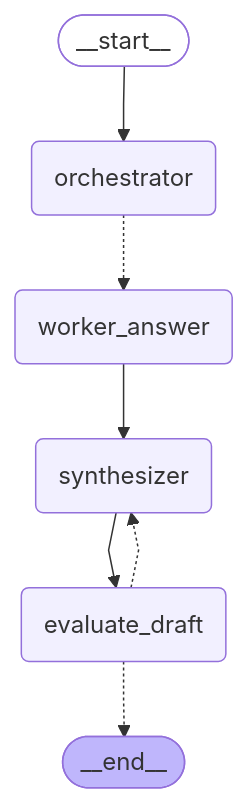
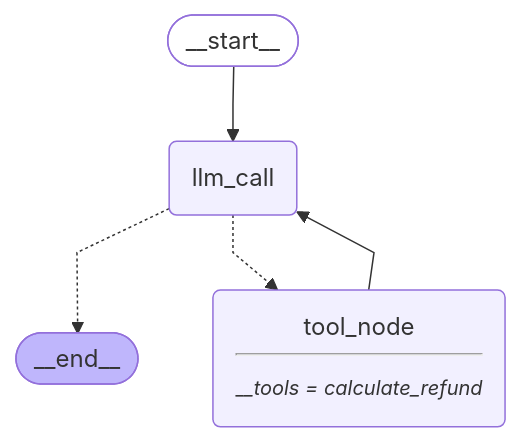
The diagram in graph.mmd (darshanmodi13/langgraph-langfuse), drawn with Mermaid before and after one commit. The commit also changed 15 other files, not shown here.

```diff
--- a/graph.mmd
+++ b/graph.mmd
@@ -1,21 +1,17 @@
 ---
 config:
   flowchart:
     curve: linear
 ---
 graph TD;
 	__start__([<p>__start__</p>]):::first
-	orchestrator(orchestrator)
-	worker_answer(worker_answer)
-	synthesizer(synthesizer)
-	evaluate_draft(evaluate_draft)
+	llm_call(llm_call)
+	tool_node(tool_node<hr/><small><em>__tools = calculate_refund</em></small>)
 	__end__([<p>__end__</p>]):::last
-	__start__ --> orchestrator;
-	evaluate_draft -.-> __end__;
-	evaluate_draft -.-> synthesizer;
-	orchestrator -.-> worker_answer;
-	synthesizer --> evaluate_draft;
-	worker_answer --> synthesizer;
+	__start__ --> llm_call;
+	llm_call -.-> __end__;
+	llm_call -.-> tool_node;
+	tool_node --> llm_call;
 	classDef default fill:#f2f0ff,line-height:1.2
 	classDef first fill-opacity:0
 	classDef last fill:#bfb6fc
```
